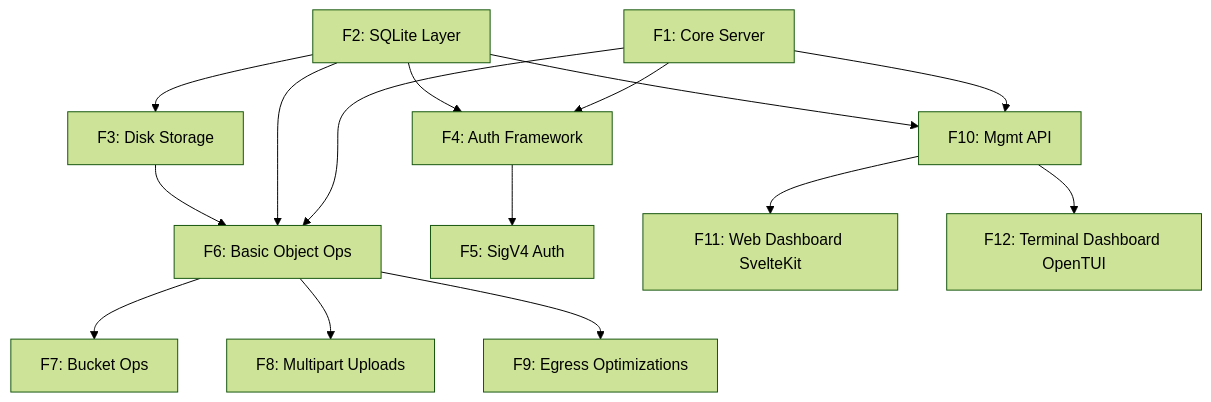
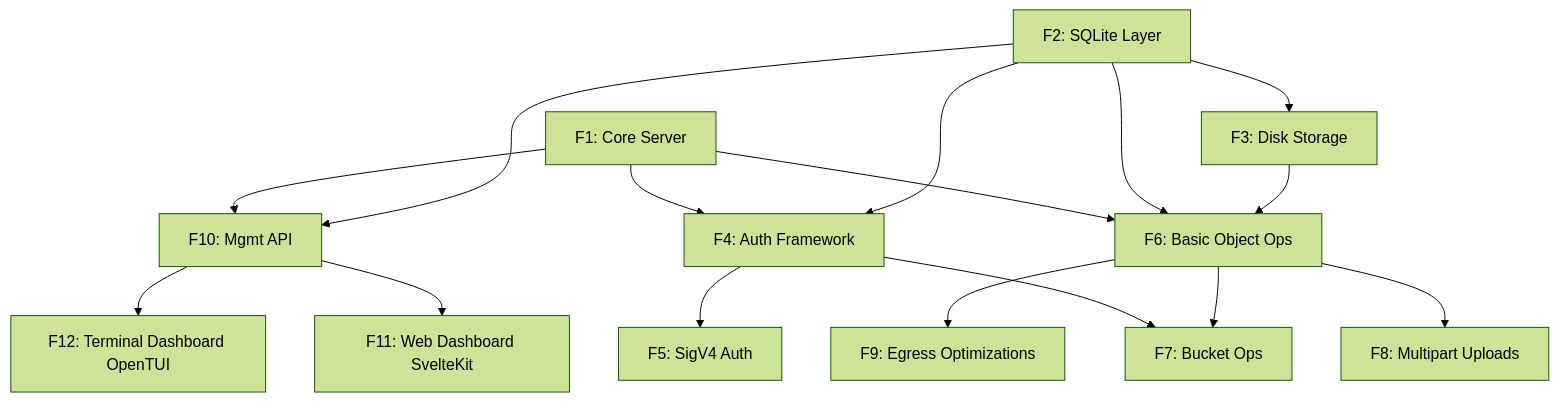
One commit to i-got-this-faa/fbs-core changed the diagram in spec/dependencies.md. Above: the diagram before and after it, drawn with Mermaid (forest theme). The commit also changed other lines of this file and 3 other files, not shown here.

````diff
--- a/spec/dependencies.md
+++ b/spec/dependencies.md
@@ -22,22 +22,23 @@
 ```mermaid
 graph TD
     F1[F1: Core Server] --> F4[F4: Auth Framework]
     F1 --> F6[F6: Basic Object Ops]
     F1 --> F10[F10: Mgmt API]
     
     F2[F2: SQLite Layer] --> F3[F3: Disk Storage]
     F2 --> F4
     F2 --> F6
     F2 --> F10
     
     F3 --> F6
     
     F4 --> F5[F5: SigV4 Auth]
+    F4 --> F7[F7: Bucket Ops]
     
-    F6 --> F7[F7: Bucket Ops]
+    F6 --> F7
     F6 --> F8[F8: Multipart Uploads]
     F6 --> F9[F9: Egress Optimizations]
 
     F10 --> F11[F11: Web Dashboard SvelteKit]
     F10 --> F12[F12: Terminal Dashboard OpenTUI]
 ```
````
